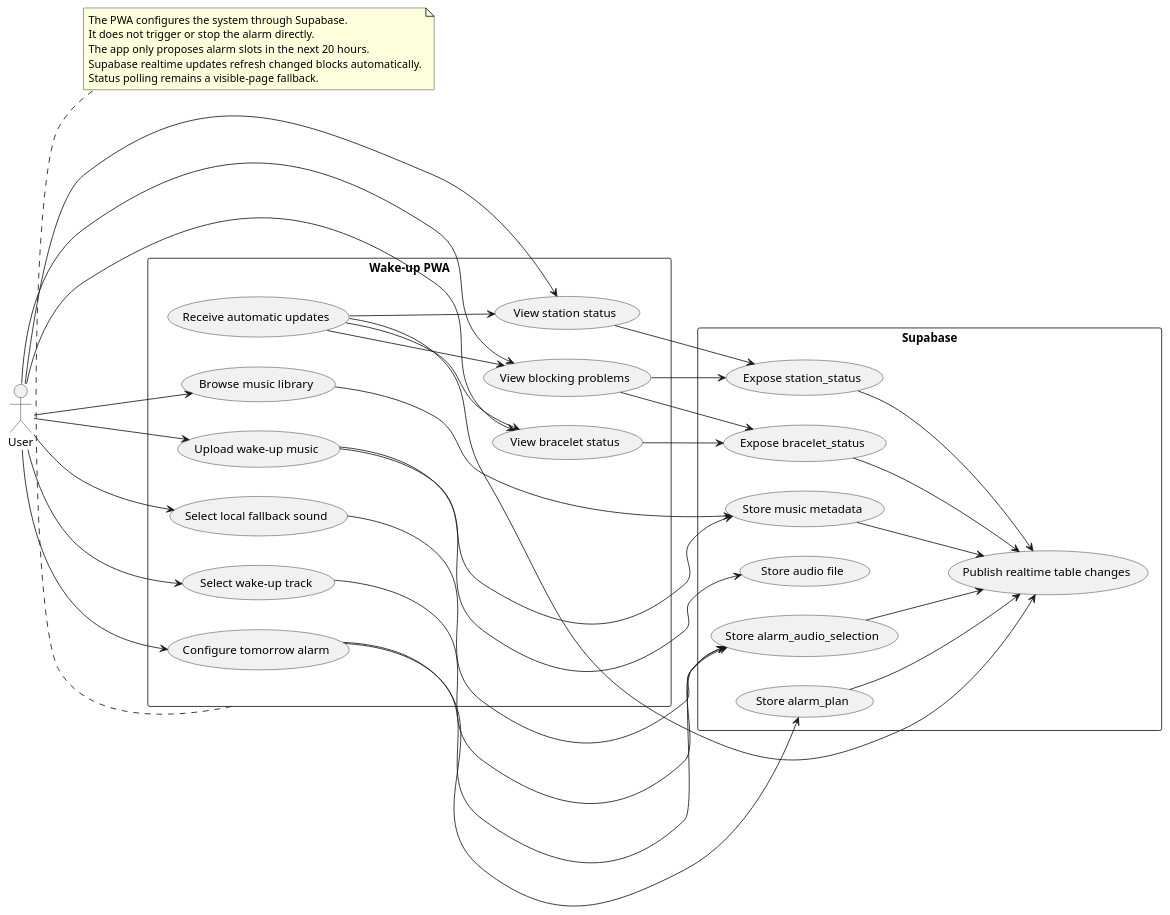
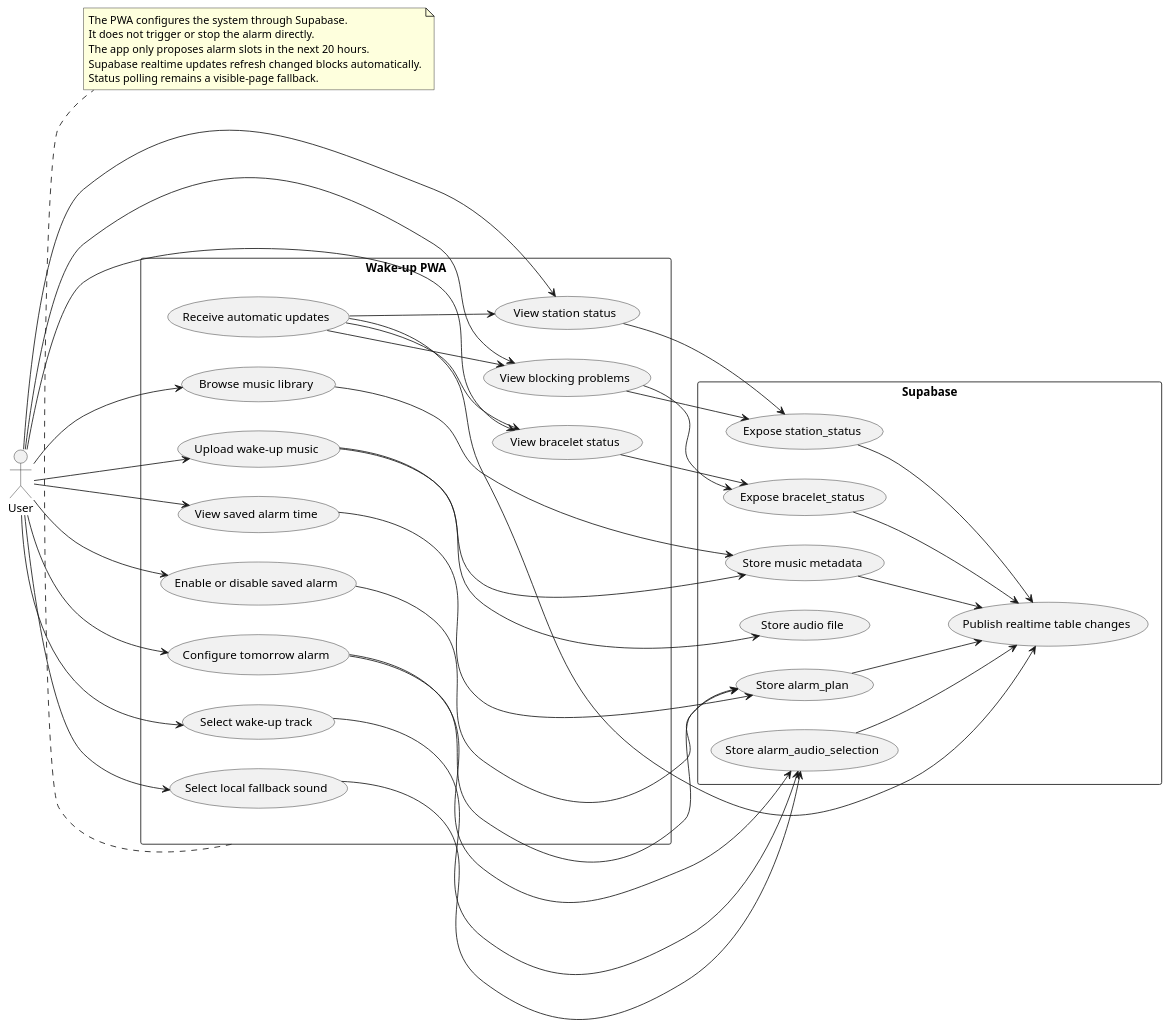
The diagram in code/app mobile/UML/use_cases.puml (Jzn-wbr/Starter), drawn with PlantUML before and after one commit.

Commit message:
Update app UML for alarm controls

```diff
--- a/code/app mobile/UML/use_cases.puml
+++ b/code/app mobile/UML/use_cases.puml
@@ -1,68 +1,74 @@
 @startuml
 left to right direction
 skinparam packageStyle rectangle
 skinparam shadowing false
 
 actor "User" as User
 
 rectangle "Wake-up PWA" {
   usecase "Upload wake-up music" as UploadMusic
   usecase "Browse music library" as BrowseMusic
   usecase "Select wake-up track" as SelectTrack
   usecase "Select local fallback sound" as SelectFallback
   usecase "Configure tomorrow alarm" as ConfigureAlarm
+  usecase "View saved alarm time" as ViewSavedAlarm
+  usecase "Enable or disable saved alarm" as ToggleAlarm
   usecase "View station status" as ViewStationStatus
   usecase "View bracelet status" as ViewBraceletStatus
   usecase "View blocking problems" as ViewProblems
   usecase "Receive automatic updates" as ReceiveUpdates
 }
 
 rectangle "Supabase" {
   usecase "Store audio file" as StoreAudio
   usecase "Store music metadata" as StoreMusicMetadata
   usecase "Store alarm_plan" as StoreAlarmPlan
   usecase "Store alarm_audio_selection" as StoreAlarmAudio
   usecase "Expose station_status" as ExposeStationStatus
   usecase "Expose bracelet_status" as ExposeBraceletStatus
   usecase "Publish realtime table changes" as PublishRealtime
 }
 
 User --> UploadMusic
 User --> BrowseMusic
 User --> SelectTrack
 User --> SelectFallback
 User --> ConfigureAlarm
+User --> ViewSavedAlarm
+User --> ToggleAlarm
 User --> ViewStationStatus
 User --> ViewBraceletStatus
 User --> ViewProblems
 ReceiveUpdates --> ViewStationStatus
 ReceiveUpdates --> ViewBraceletStatus
 ReceiveUpdates --> ViewProblems
 
 UploadMusic --> StoreAudio
 UploadMusic --> StoreMusicMetadata
 BrowseMusic --> StoreMusicMetadata
 SelectTrack --> StoreAlarmAudio
 SelectFallback --> StoreAlarmAudio
 ConfigureAlarm --> StoreAlarmPlan
 ConfigureAlarm --> StoreAlarmAudio
+ViewSavedAlarm --> StoreAlarmPlan
+ToggleAlarm --> StoreAlarmPlan
 ViewStationStatus --> ExposeStationStatus
 ViewBraceletStatus --> ExposeBraceletStatus
 ViewProblems --> ExposeStationStatus
 ViewProblems --> ExposeBraceletStatus
 ExposeStationStatus --> PublishRealtime
 ExposeBraceletStatus --> PublishRealtime
 StoreAlarmPlan --> PublishRealtime
 StoreAlarmAudio --> PublishRealtime
 StoreMusicMetadata --> PublishRealtime
 ReceiveUpdates --> PublishRealtime
 
 note bottom of "Wake-up PWA"
   The PWA configures the system through Supabase.
   It does not trigger or stop the alarm directly.
   The app only proposes alarm slots in the next 20 hours.
   Supabase realtime updates refresh changed blocks automatically.
   Status polling remains a visible-page fallback.
 end note
 
 @enduml
```
